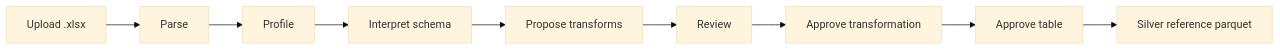
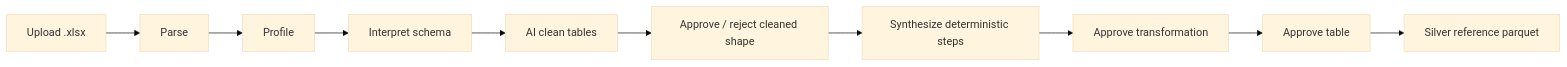
One commit to JeremiahDavid/glue changed the first of 2 diagrams in docs/spreadsheet-engine.md. Above: the diagram before and after it, drawn with Mermaid (base theme). The commit also changed other lines of this file and 13 other files, not shown here.

Commit message:
Add clean-shape review, then synthesize and verify spreadsheet transforms

````diff
--- a/docs/spreadsheet-engine.md
+++ b/docs/spreadsheet-engine.md
@@ -19,11 +19,12 @@
 ```mermaid
 flowchart LR
   A[Upload .xlsx] --> B[Parse]
   B --> C[Profile]
   C --> D[Interpret schema]
-  D --> E[Propose transforms]
-  E --> F[Review]
-  F --> G[Approve transformation]
-  G --> H[Approve table]
-  H --> I[Silver reference parquet]
+  D --> E[AI clean tables]
+  E --> F[Approve / reject cleaned shape]
+  F --> G[Synthesize deterministic steps]
+  G --> H[Approve transformation]
+  H --> I[Approve table]
+  I --> J[Silver reference parquet]
 ```
````
